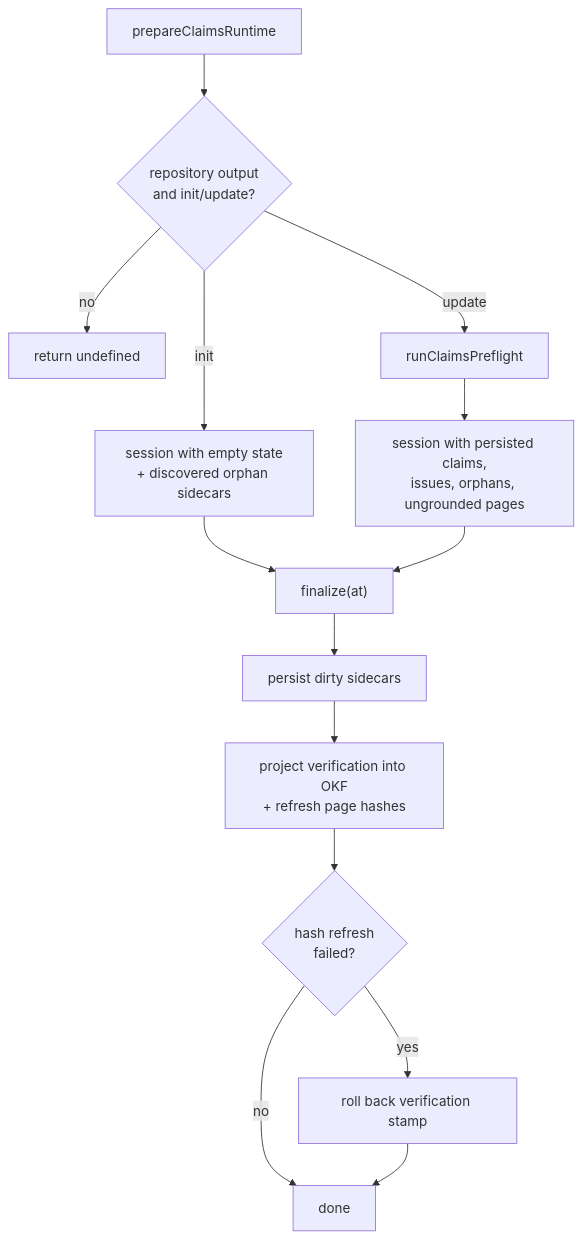
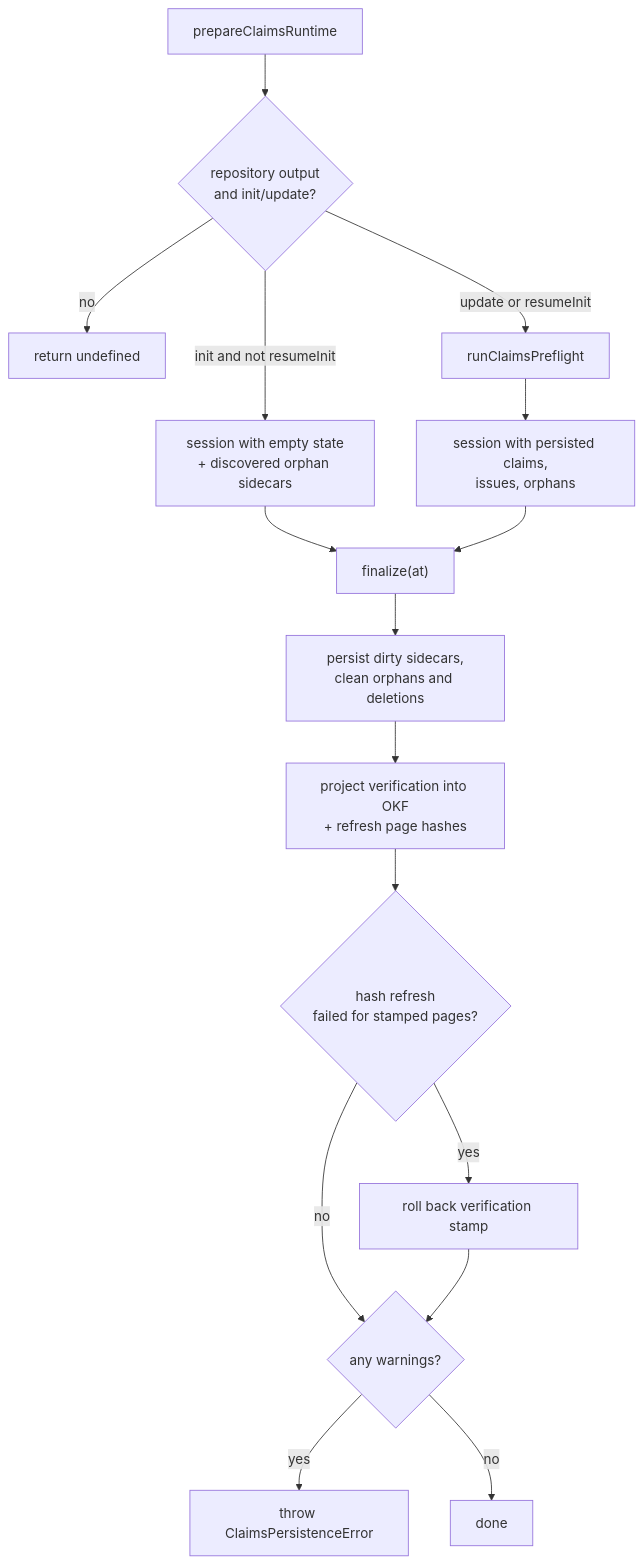
The first of 2 diagrams in openwiki/claims/runtime-and-store.md (langchain-ai/openwiki), drawn with Mermaid before and after one commit. The commit also changed other lines of this file and 68 other files, not shown here.

````diff
--- a/openwiki/claims/runtime-and-store.md
+++ b/openwiki/claims/runtime-and-store.md
@@ -36,16 +42,18 @@
 ```mermaid
 flowchart TD
     Start["prepareClaimsRuntime"] --> Gate{"repository output<br/>and init/update?"}
     Gate -- no --> None["return undefined"]
-    Gate -- init --> Init["session with empty state<br/>+ discovered orphan sidecars"]
-    Gate -- update --> Pre["runClaimsPreflight"]
-    Pre --> Sess["session with persisted claims,<br/>issues, orphans, ungrounded pages"]
+    Gate -- init and not resumeInit --> Init["session with empty state<br/>+ discovered orphan sidecars"]
+    Gate -- update or resumeInit --> Pre["runClaimsPreflight"]
+    Pre --> Sess["session with persisted claims,<br/>issues, orphans"]
     Init --> Fin["finalize(at)"]
     Sess --> Fin
-    Fin --> Persist["persist dirty sidecars"]
+    Fin --> Persist["persist dirty sidecars,<br/>clean orphans and deletions"]
     Persist --> Verify["project verification into OKF<br/>+ refresh page hashes"]
-    Verify --> Rollback{"hash refresh<br/>failed?"}
+    Verify --> Rollback{"hash refresh<br/>failed for stamped pages?"}
     Rollback -- yes --> Roll["roll back verification stamp"]
-    Rollback -- no --> Done["done"]
-    Roll --> Done
+    Rollback -- no --> Warn{"any warnings?"}
+    Warn -- yes --> Fail["throw ClaimsPersistenceError"]
+    Warn -- no --> Done["done"]
+    Roll --> Warn
 ```
````
